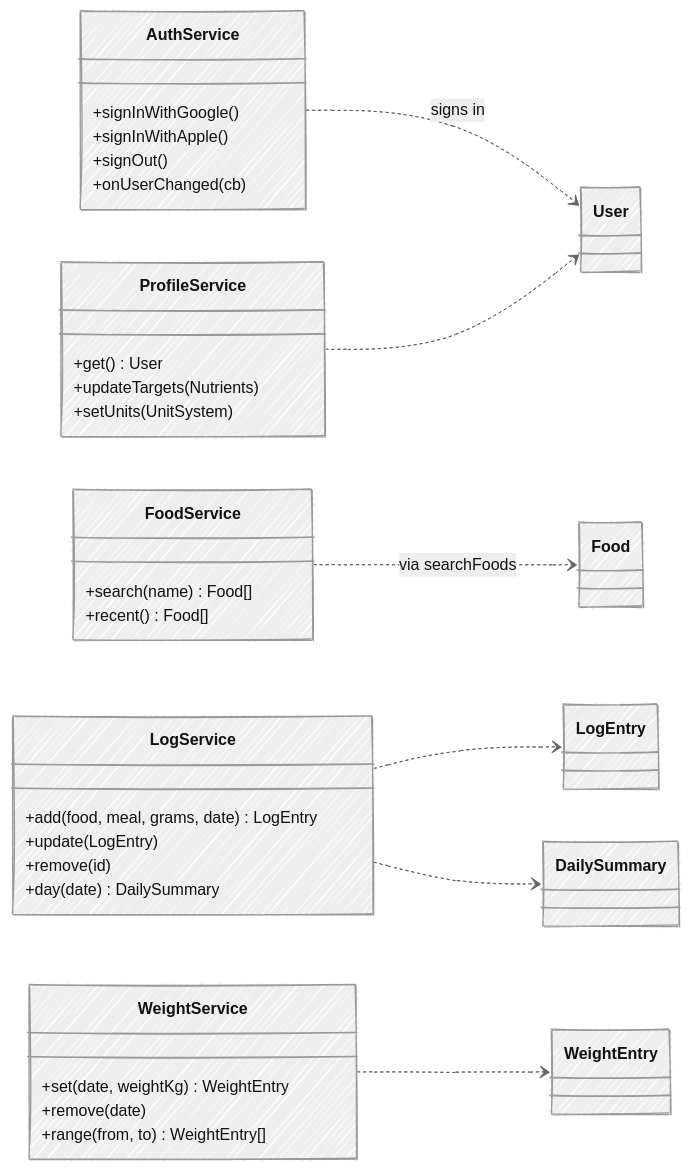
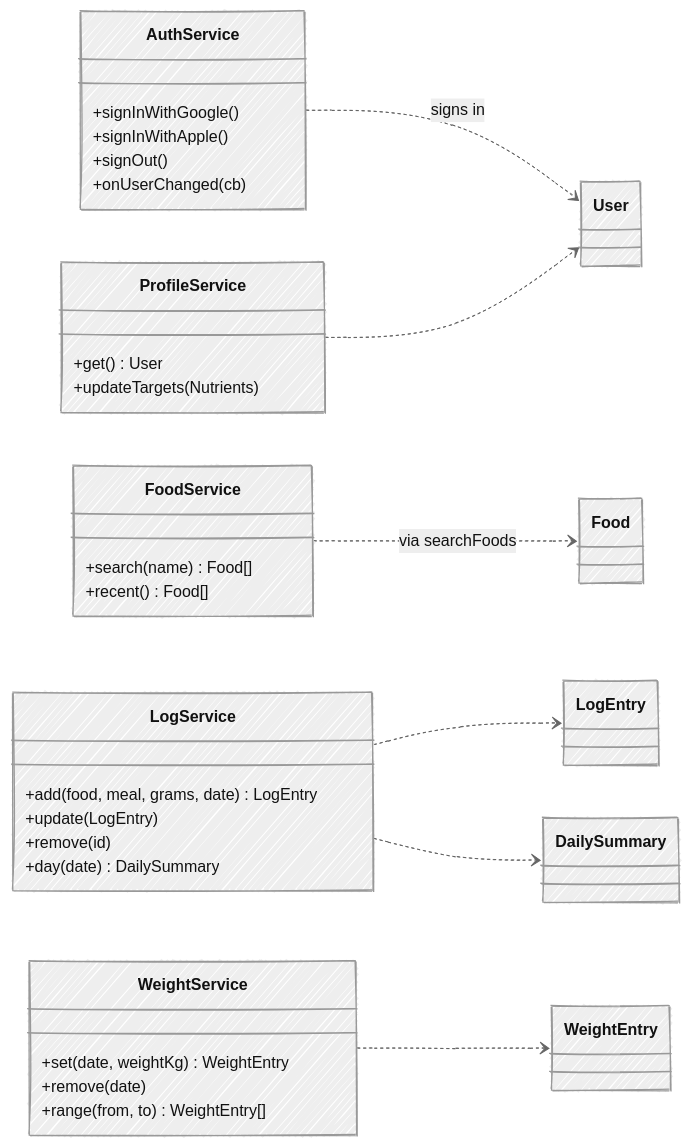
One commit to ai-rayven/wellness-ai changed the fourth of 4 diagrams in docs/mvp.md. Above: the diagram before and after it, drawn with Mermaid. The commit also changed other lines of this file, not shown here.

First line of the commit message:
Grams only for food, kg for weight; drop unit conversion

````diff
--- a/docs/mvp.md
+++ b/docs/mvp.md
@@ -215,43 +206,42 @@
 ```mermaid
 ---
 config:
   look: handDrawn
   theme: neutral
 ---
 classDiagram
     direction LR
 
     class AuthService {
         +signInWithGoogle()
         +signInWithApple()
         +signOut()
         +onUserChanged(cb)
     }
     class ProfileService {
         +get() User
         +updateTargets(Nutrients)
-        +setUnits(UnitSystem)
     }
     class FoodService {
         +search(name) Food[]
         +recent() Food[]
     }
     class LogService {
         +add(food, meal, grams, date) LogEntry
         +update(LogEntry)
         +remove(id)
         +day(date) DailySummary
     }
     class WeightService {
         +set(date, weightKg) WeightEntry
         +remove(date)
         +range(from, to) WeightEntry[]
     }
 
     AuthService ..> User : signs in
     ProfileService ..> User
     FoodService ..> Food : via searchFoods
     LogService ..> LogEntry
     LogService ..> DailySummary
     WeightService ..> WeightEntry
 ```
````
